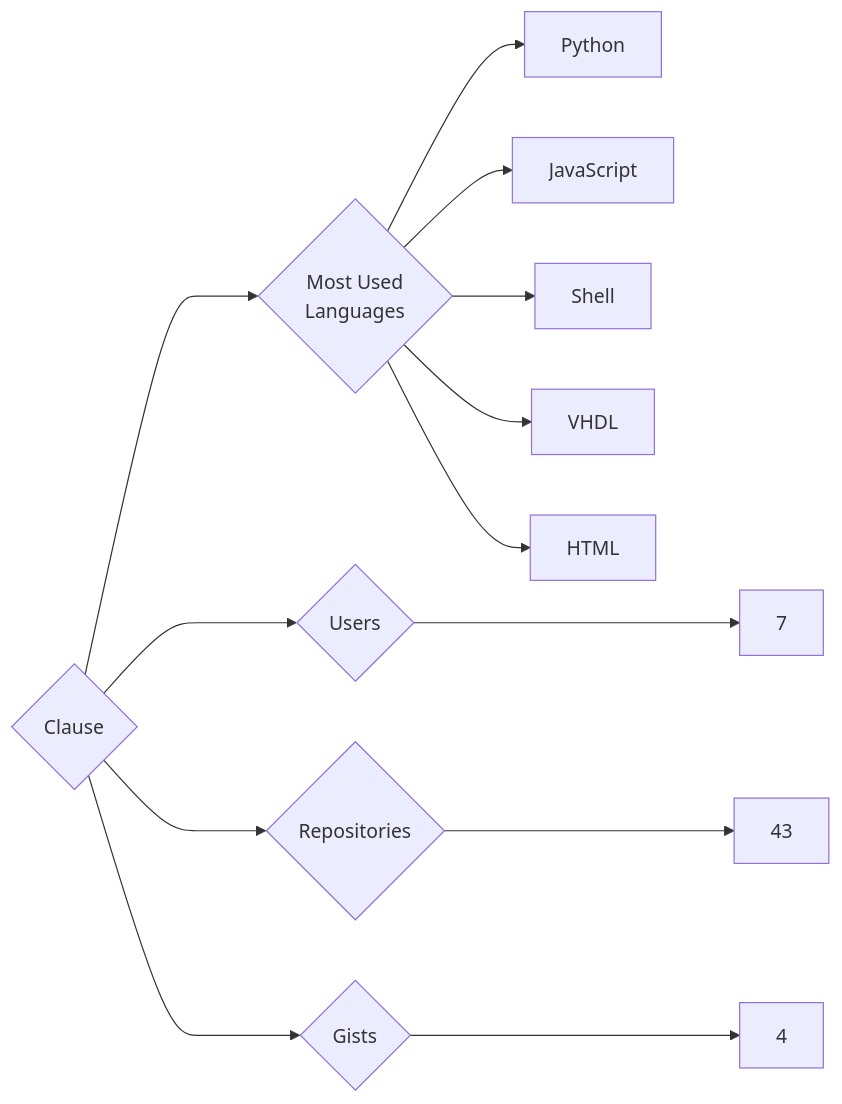
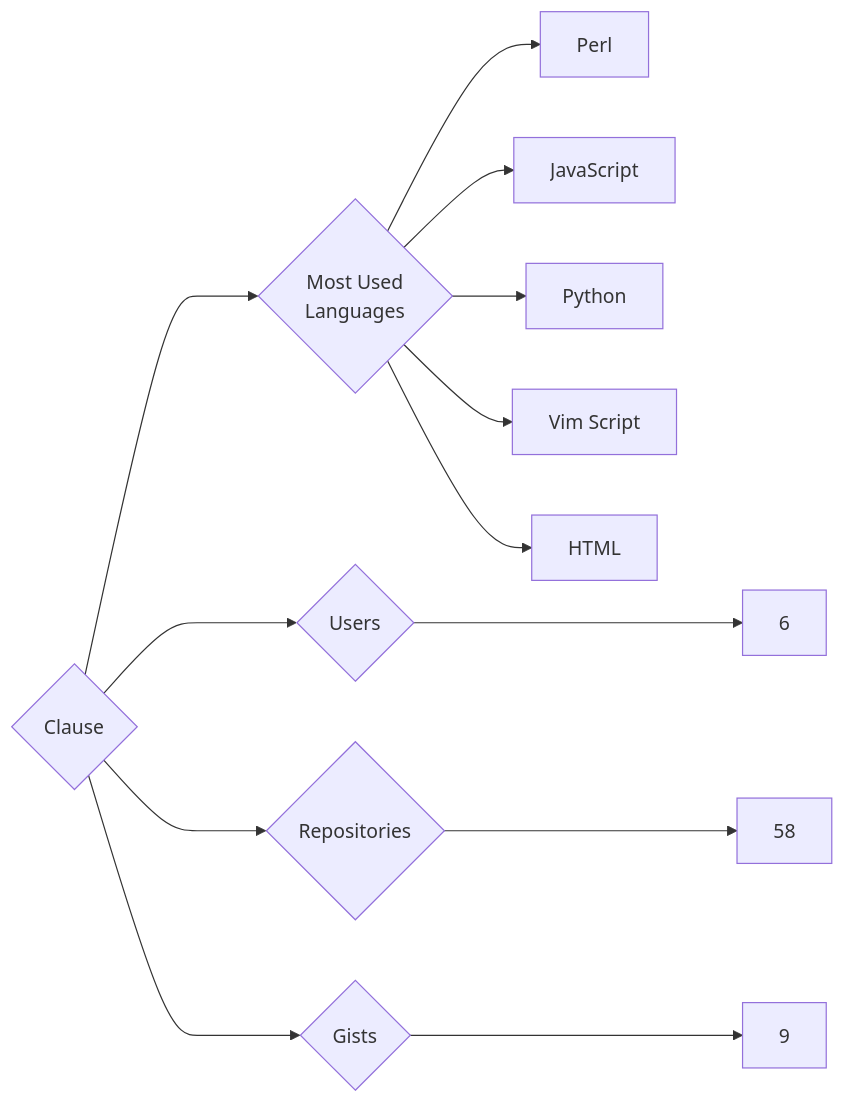
One commit to trickest/insiders changed the diagram in targets/Clause/README.md. Above: the diagram before and after it, drawn with Mermaid. The commit also changed 1092 other files, not shown here.

````diff
--- a/targets/Clause/README.md
+++ b/targets/Clause/README.md
@@ -3,13 +3,13 @@
 ```mermaid
 graph LR
 COMPANY_NAME{Clause}
-COMPANY_NAME ---> U{Users} ---> UN[7]
-COMPANY_NAME ---> R{Repositories} ---> RN[43]
-COMPANY_NAME ---> G{Gists} ---> GN[4]
+COMPANY_NAME ---> U{Users} ---> UN[6]
+COMPANY_NAME ---> R{Repositories} ---> RN[58]
+COMPANY_NAME ---> G{Gists} ---> GN[9]
 COMPANY_NAME ---> ML{Most Used<br>Languages}
+ML --> Perl[Perl]
+ML --> JavaScript[JavaScript]
 ML --> Python[Python]
-ML --> JavaScript[JavaScript]
-ML --> Shell[Shell]
-ML --> VHDL[VHDL]
+ML --> Vim_Script[Vim Script]
 ML --> HTML[HTML]
 ```
````
